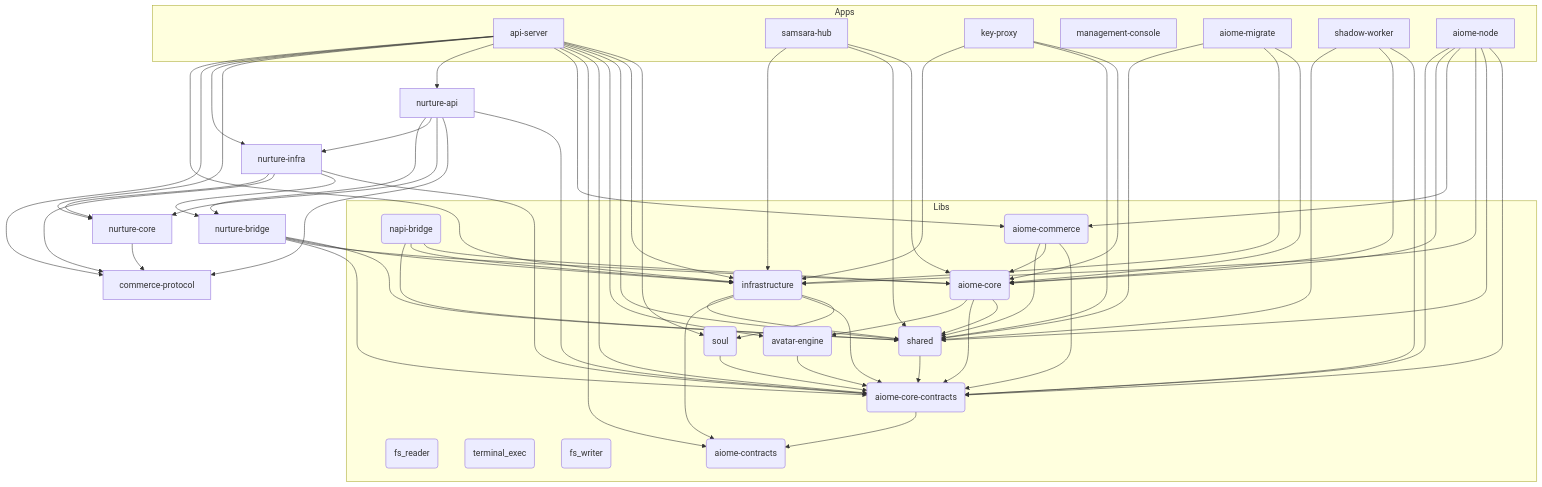
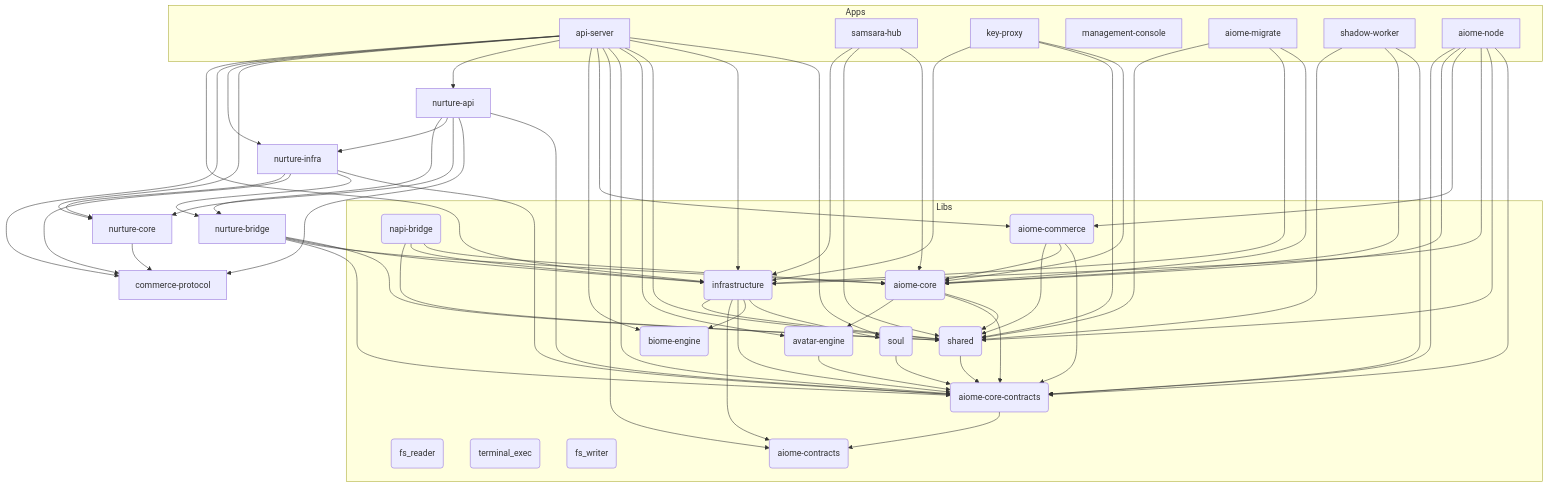
Before and after one commit to for4xex-droid/modular-open-claw: the diagram in ARCHITECTURE.md, drawn with Mermaid. The commit also changed other lines of this file and 3489 other files, not shown here.

```diff
--- a/ARCHITECTURE.md
+++ b/ARCHITECTURE.md
@@ -45,6 +45,7 @@
         aiome-core-contracts(aiome-core-contracts)
         soul(soul)
         aiome-commerce(aiome-commerce)
+        biome-engine(biome-engine)
     end
 
     api-server --> soul
@@ -54,6 +55,7 @@
     api-server --> aiome-core-contracts
     api-server --> aiome-contracts
     api-server --> aiome-commerce
+    api-server --> biome-engine
     api-server --> nurture-api
     api-server --> nurture-core
     api-server --> nurture-infra
@@ -69,6 +71,7 @@
     aiome-core --> aiome-core-contracts
     aiome-core --> avatar-engine
     infrastructure --> soul
+    infrastructure --> biome-engine
     infrastructure --> aiome-core-contracts
     infrastructure --> aiome-contracts
     infrastructure --> shared
```
